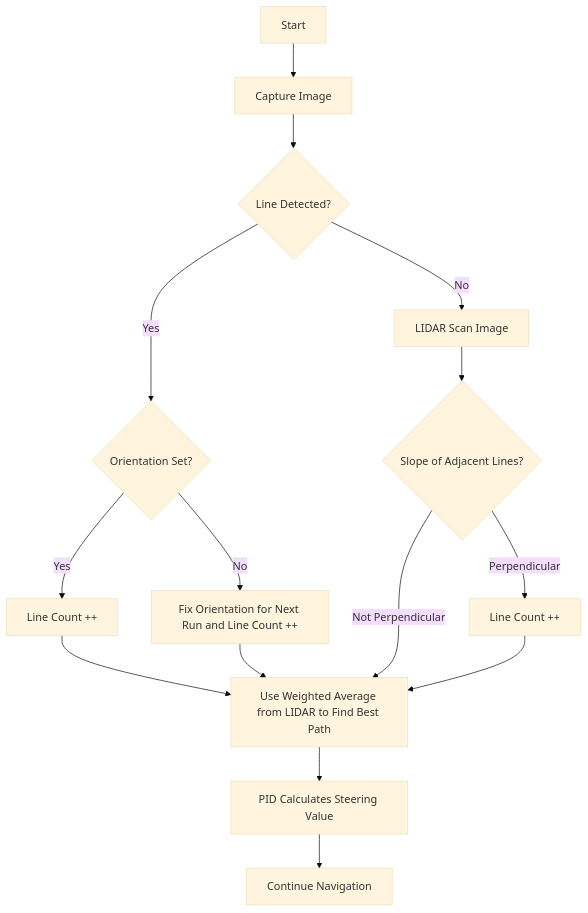
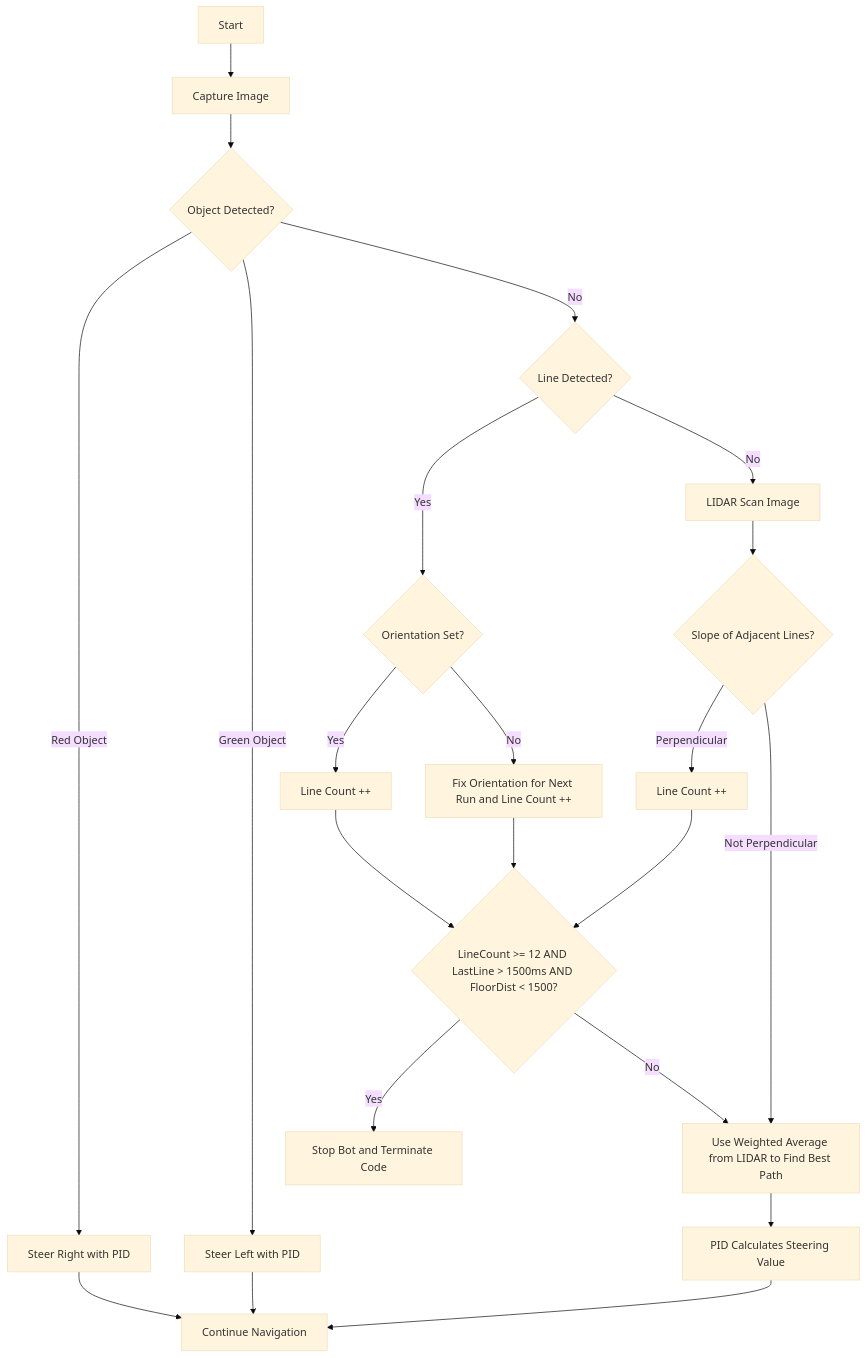
One commit to AnasBinAzim/Pladytron changed the second of 2 diagrams in README.md. Above: the diagram before and after it, drawn with Mermaid (base theme).

````diff
--- a/README.md
+++ b/README.md
@@ -793,21 +793,32 @@
 ```mermaid
 flowchart TD
     A[Start] --> B[Capture Image]
-    B --> C{Line Detected?}
+    B --> O{Object Detected?}
+
+    %% Object Detected Branch
+    O -->|Red Object| P[Steer Right with PID]
+    O -->|Green Object| Q[Steer Left with PID]
+    P --> N[Continue Navigation]
+    Q --> N
+
+    %% No Object Detected Branch → Round 1 Logic
+    O -->|No| C{Line Detected?}
     
     C -->|Yes| D{Orientation Set?}
     D -->|Yes| E[Line Count ++]
     D -->|No| F[Fix Orientation for Next Run and Line Count ++]
-    E --> K[Use Weighted Average from LIDAR to Find Best Path]
-    F --> K[Use Weighted Average from LIDAR to Find Best Path]
+    E --> G{LineCount >= 12 AND LastLine > 1500ms AND FloorDist < 1500?}
+    F --> G
+    G -->|Yes| H[Stop Bot and Terminate Code]
+    G -->|No| K[Use Weighted Average from LIDAR to Find Best Path]
     
-    C -->|No| H[LIDAR Scan Image]
-    H --> I{Slope of Adjacent Lines?}
-    I -->|Perpendicular| J[Line Count ++]
-    I -->|Not Perpendicular| K[Use Weighted Average from LIDAR to Find Best Path]
+    C -->|No| I[LIDAR Scan Image]
+    I --> J{Slope of Adjacent Lines?}
+    J -->|Perpendicular| L[Line Count ++]
+    J -->|Not Perpendicular| K
+    L --> G
     
-    J --> K
-    K --> L[PID Calculates Steering Value]
-    L --> M[Continue Navigation]
+    K --> M[PID Calculates Steering Value]
+    M --> N[Continue Navigation]
 
 ```
````
